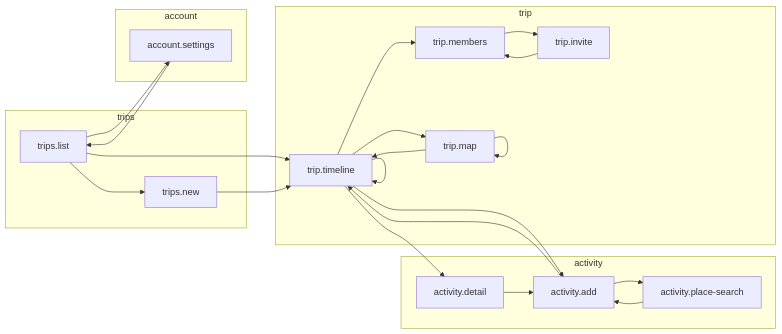
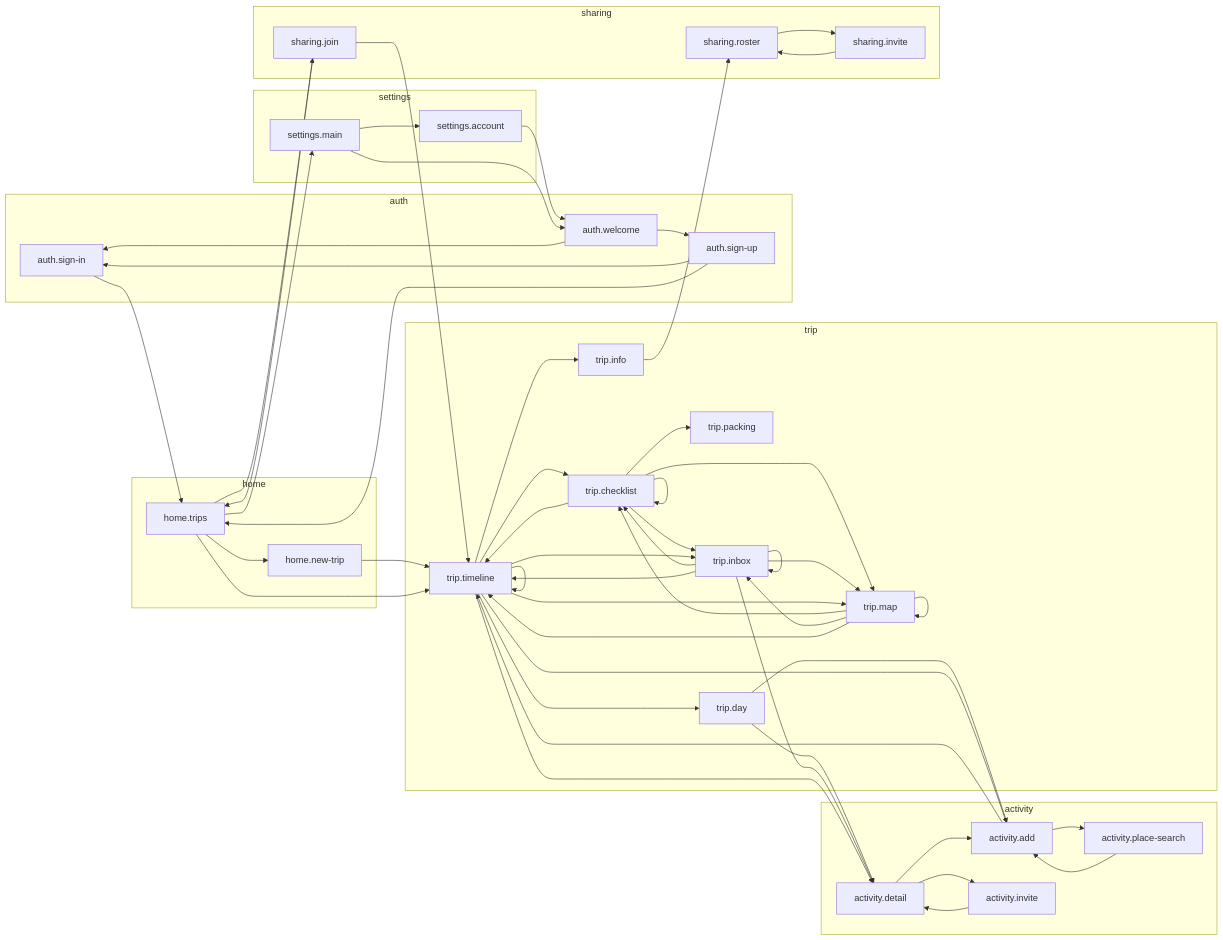
The diagram in examples/travel-app/docs/flows/generated/app-map.md (c65llc/starboard), drawn with Mermaid before and after one commit. The commit also changed 195 other files, not shown here.

````diff
--- a/examples/travel-app/docs/flows/generated/app-map.md
+++ b/examples/travel-app/docs/flows/generated/app-map.md
@@ -5,39 +5,84 @@
 ```mermaid
 flowchart LR
-  subgraph area1["trips"]
-    trips_list["trips.list"]
-    trips_new["trips.new"]
+  subgraph area1["auth"]
+    auth_sign__in["auth.sign-in"]
+    auth_sign__up["auth.sign-up"]
+    auth_welcome["auth.welcome"]
   end
-  subgraph area2["trip"]
-    trip_invite["trip.invite"]
+  subgraph area2["home"]
+    home_new__trip["home.new-trip"]
+    home_trips["home.trips"]
+  end
+  subgraph area3["trip"]
+    trip_checklist["trip.checklist"]
+    trip_day["trip.day"]
+    trip_inbox["trip.inbox"]
+    trip_info["trip.info"]
     trip_map["trip.map"]
-    trip_members["trip.members"]
+    trip_packing["trip.packing"]
     trip_timeline["trip.timeline"]
   end
-  subgraph area3["activity"]
+  subgraph area4["activity"]
     activity_add["activity.add"]
     activity_detail["activity.detail"]
+    activity_invite["activity.invite"]
     activity_place__search["activity.place-search"]
   end
-  subgraph area4["account"]
-    account_settings["account.settings"]
+  subgraph area5["sharing"]
+    sharing_invite["sharing.invite"]
+    sharing_join["sharing.join"]
+    sharing_roster["sharing.roster"]
   end
-  account_settings --> trips_list
+  subgraph area6["settings"]
+    settings_account["settings.account"]
+    settings_main["settings.main"]
+  end
   activity_add --> activity_place__search
   activity_add --> trip_timeline
   activity_detail --> activity_add
+  activity_detail --> activity_invite
+  activity_invite --> activity_detail
   activity_place__search --> activity_add
-  trip_invite --> trip_members
+  auth_sign__in --> home_trips
+  auth_sign__up --> auth_sign__in
+  auth_sign__up --> home_trips
+  auth_welcome --> auth_sign__in
+  auth_welcome --> auth_sign__up
+  home_new__trip --> trip_timeline
+  home_trips --> home_new__trip
+  home_trips --> settings_main
+  home_trips --> sharing_join
+  home_trips --> trip_timeline
+  settings_account --> auth_welcome
+  settings_main --> auth_welcome
+  settings_main --> settings_account
+  sharing_invite --> sharing_roster
+  sharing_join --> home_trips
+  sharing_join --> trip_timeline
+  sharing_roster --> sharing_invite
+  trip_checklist --> trip_checklist
+  trip_checklist --> trip_inbox
+  trip_checklist --> trip_map
+  trip_checklist --> trip_packing
+  trip_checklist --> trip_timeline
+  trip_day --> activity_add
+  trip_day --> activity_detail
+  trip_inbox --> activity_detail
+  trip_inbox --> trip_checklist
+  trip_inbox --> trip_inbox
+  trip_inbox --> trip_map
+  trip_inbox --> trip_timeline
+  trip_info --> sharing_roster
+  trip_map --> trip_checklist
+  trip_map --> trip_inbox
   trip_map --> trip_map
   trip_map --> trip_timeline
-  trip_members --> trip_invite
   trip_timeline --> activity_add
   trip_timeline --> activity_detail
+  trip_timeline --> trip_checklist
+  trip_timeline --> trip_day
+  trip_timeline --> trip_inbox
+  trip_timeline --> trip_info
   trip_timeline --> trip_map
-  trip_timeline --> trip_members
   trip_timeline --> trip_timeline
-  trips_list --> account_settings
-  trips_list --> trip_timeline
-  trips_list --> trips_new
-  trips_new --> trip_timeline
 ```
````
